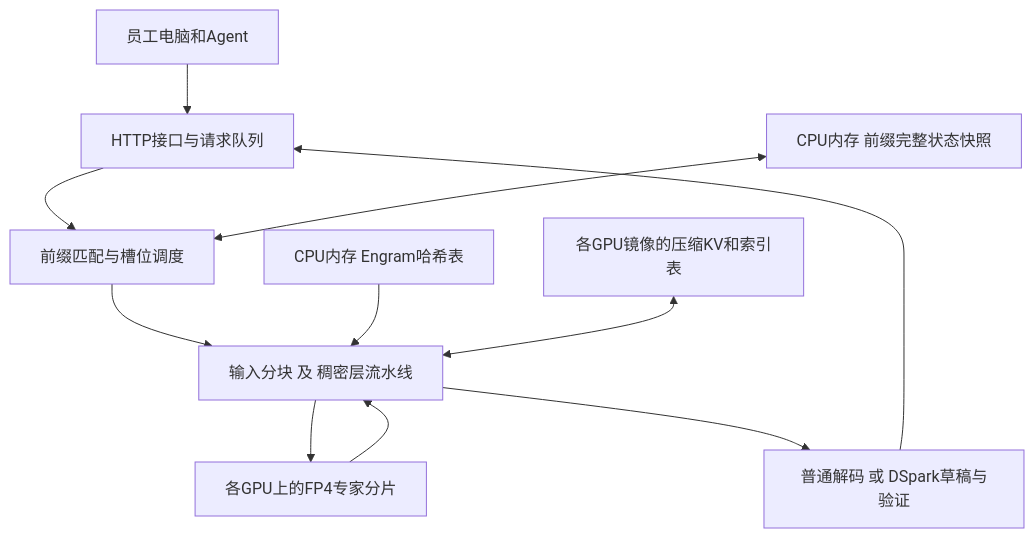
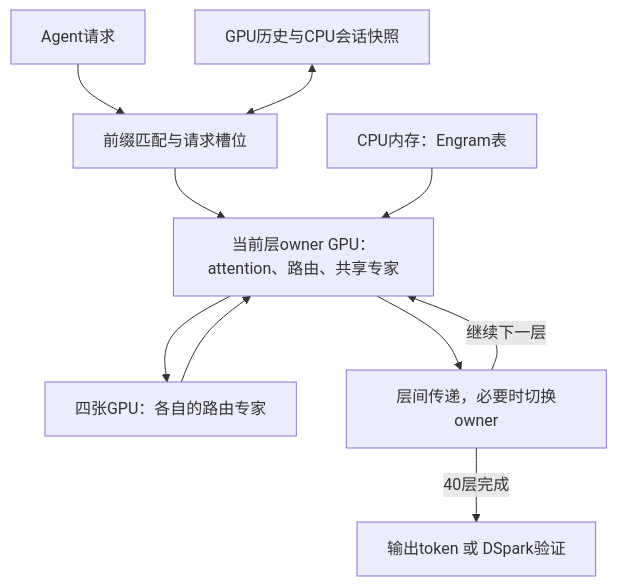
Before and after one commit to SthMax/quant-intern: the diagram in knowledge-base/infrastructure/deepseek-a100-project-review-2026-10-12.md, drawn with Mermaid. The commit also changed other lines of this file and 39 other files, not shown here.

````diff
--- a/knowledge-base/infrastructure/deepseek-a100-project-review-2026-10-12.md
+++ b/knowledge-base/infrastructure/deepseek-a100-project-review-2026-10-12.md
@@ -54,13 +23,12 @@
 ```mermaid
 flowchart TB
-    U[员工电脑和Agent] --> API[HTTP接口与请求队列]
-    API --> S[前缀匹配与槽位调度]
-    S --> P[输入分块 及 稠密层流水线]
-    P --> E[各GPU上的FP4专家分片]
-    E --> P
-    P --> D[普通解码 或 DSpark草稿与验证]
-    H[CPU内存 Engram哈希表] --> P
-    C[CPU内存 前缀完整状态快照] <--> S
-    K[各GPU镜像的压缩KV和索引表] <--> P
-    D --> API
+    U["Agent请求"] --> S["前缀匹配与请求槽位"]
+    S --> D["当前层owner GPU：attention、路由、共享专家"]
+    D --> E["四张GPU：各自的路由专家"]
+    E --> D
+    D --> N["层间传递，必要时切换owner"]
+    N -->|继续下一层| D
+    H["CPU内存：Engram表"] --> D
+    C["GPU历史与CPU会话快照"] <--> S
+    N -->|40层完成| O["输出token 或 DSpark验证"]
 ```
````
